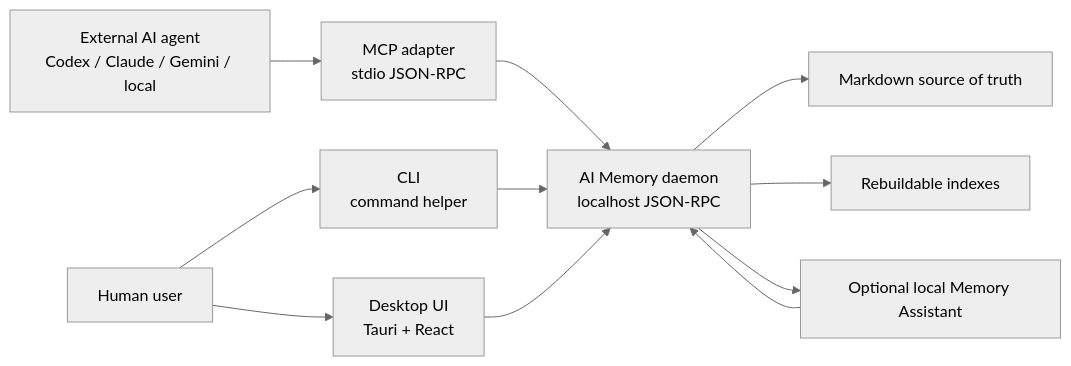
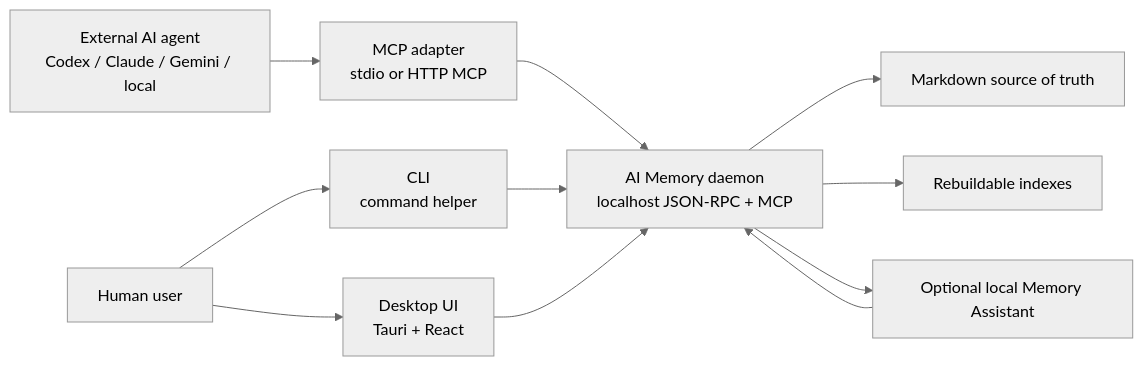
One commit to zharwing/memory changed the first of 21 diagrams in docs/DIAGRAMS.md. Above: the diagram before and after it, drawn with Mermaid (neutral theme). The commit also changed other lines of this file and 31 other files, not shown here.

Commit message:
feat: MCP server install tooling, setup docs, and daemon/CLI wiring

````diff
--- a/docs/DIAGRAMS.md
+++ b/docs/DIAGRAMS.md
@@ -7,23 +7,23 @@
 ```mermaid
 flowchart LR
   User["Human user"]
   Desktop["Desktop UI\nTauri + React"]
   CLI["CLI\ncommand helper"]
   Agent["External AI agent\nCodex / Claude / Gemini / local"]
-  MCP["MCP adapter\nstdio JSON-RPC"]
-  Daemon["AI Memory daemon\nlocalhost JSON-RPC"]
+  MCP["MCP adapter\nstdio or HTTP MCP"]
+  Daemon["AI Memory daemon\nlocalhost JSON-RPC + MCP"]
   Storage["Markdown source of truth"]
   Index["Rebuildable indexes"]
   Assistant["Optional local Memory Assistant"]
 
   User --> Desktop
   User --> CLI
   Agent --> MCP
   MCP --> Daemon
   CLI --> Daemon
   Desktop --> Daemon
   Daemon --> Storage
   Daemon --> Index
   Daemon --> Assistant
   Assistant --> Daemon
 ```
````
